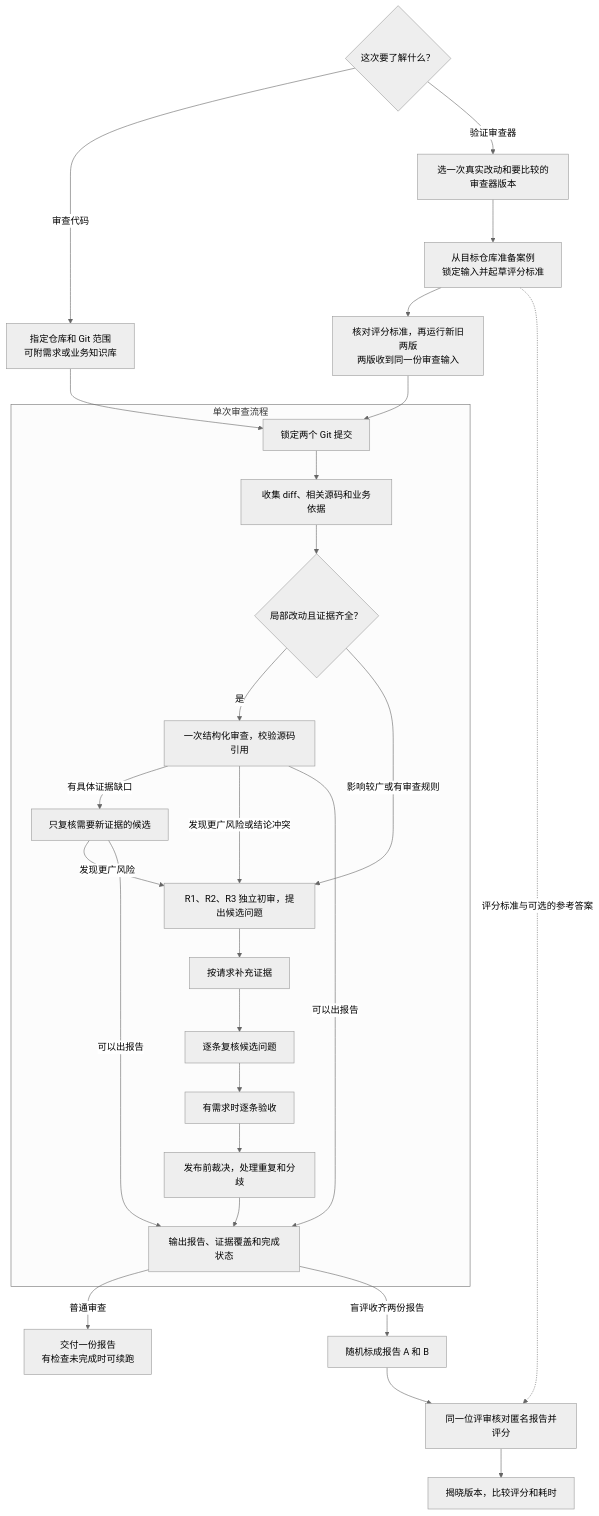
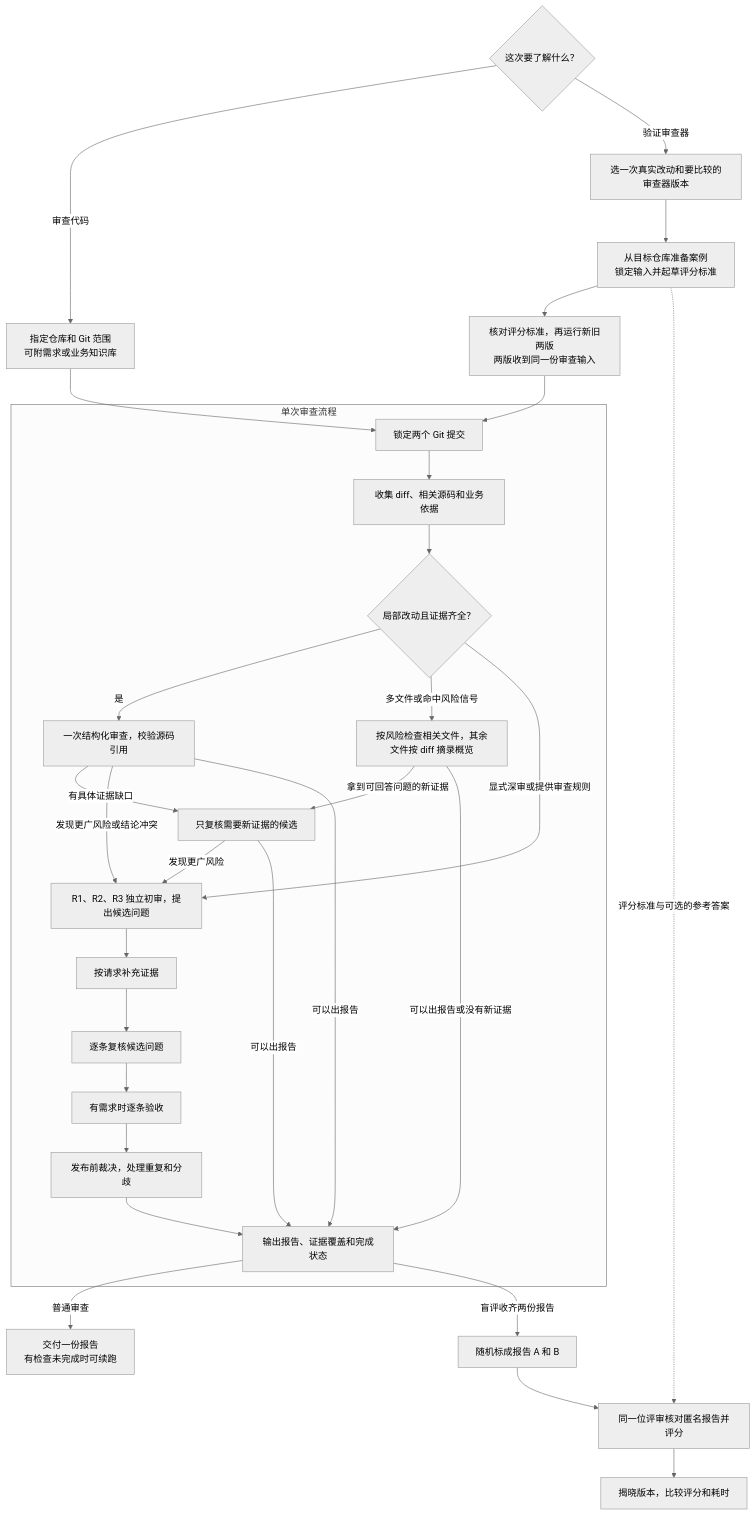
One commit to graham-gc/repo-aware-reviewer changed the diagram in README.zh-CN.md. Above: the diagram before and after it, drawn with Mermaid (neutral theme). The commit also changed other lines of this file and 16 other files, not shown here.

````diff
--- a/README.zh-CN.md
+++ b/README.zh-CN.md
@@ -42,33 +42,36 @@
 ```mermaid
 flowchart TD
     S{"这次要了解什么？"}
     S -->|审查代码| R["指定仓库和 Git 范围<br/>可附需求或业务知识库"]
     S -->|验证审查器| E["选一次真实改动和要比较的审查器版本"]
     E --> C["从目标仓库准备案例<br/>锁定输入并起草评分标准"]
     C --> B["核对评分标准，再运行新旧两版<br/>两版收到同一份审查输入"]
 
     subgraph REVIEW["单次审查流程"]
         P1["锁定两个 Git 提交"] --> P2["收集 diff、相关源码和业务依据"]
         P2 --> Q{"局部改动且证据齐全？"}
         Q -->|是| L["一次结构化审查，校验源码引用"]
-        Q -->|影响较广或有审查规则| P3["R1、R2、R3 独立初审，提出候选问题"]
+        Q -->|多文件或命中风险信号| F["按风险检查相关文件，其余文件按 diff 摘录概览"]
+        Q -->|显式深审或提供审查规则| P3["R1、R2、R3 独立初审，提出候选问题"]
+        F -->|拿到可回答问题的新证据| T
+        F -->|可以出报告或没有新证据| P8
         L -->|有具体证据缺口| T["只复核需要新证据的候选"]
         L -->|发现更广风险或结论冲突| P3
         T -->|发现更广风险| P3
         L -->|可以出报告| P8
         T -->|可以出报告| P8
         P3 --> P4["按请求补充证据"]
         P4 --> P5["逐条复核候选问题"]
         P5 --> P6["有需求时逐条验收"]
         P6 --> P7["发布前裁决，处理重复和分歧"]
         P7 --> P8["输出报告、证据覆盖和完成状态"]
     end
 
     R --> P1
     B --> P1
     P8 -->|普通审查| O["交付一份报告<br/>有检查未完成时可续跑"]
     P8 -->|盲评收齐两份报告| A["随机标成报告 A 和 B"]
     C -.->|评分标准与可选的参考答案| J["同一位评审核对匿名报告并评分"]
     A --> J
     J --> D["揭晓版本，比较评分和耗时"]
 ```
````
